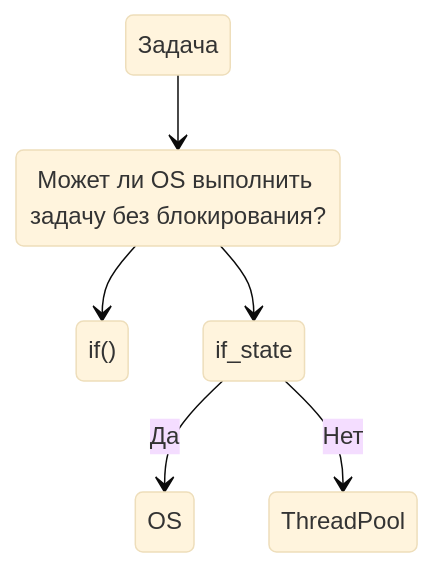
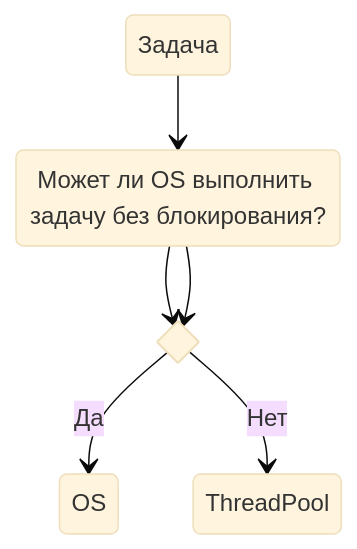
One commit to zohidulla/training-skills changed the diagram in Udemy/Node.js/README.md. Above: the diagram before and after it, drawn with Mermaid (base theme).

Commit message:
Event Loop

````diff
--- a/Udemy/Node.js/README.md
+++ b/Udemy/Node.js/README.md
@@ -224,11 +224,11 @@
 ```mermaid
 stateDiagram-v2
-  state if_state
+  state if_state <<choice>>
   state1: Задача
   state2: Может ли OS выполнить задачу без блокирования?
   state1 --> state2
-  state2 --> if()
+  state2 --> if_state
   if_state --> OS: Да
   state2 --> if_state
   if_state --> ThreadPool: Нет
 ```
````
